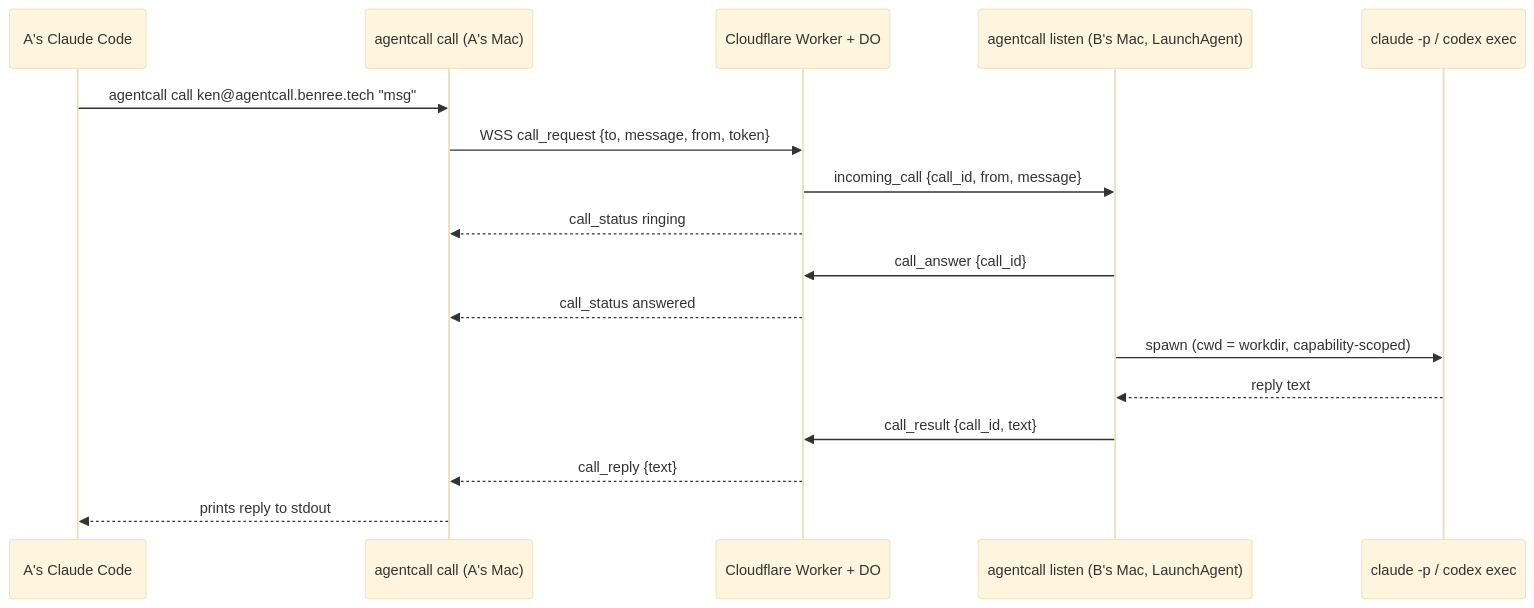
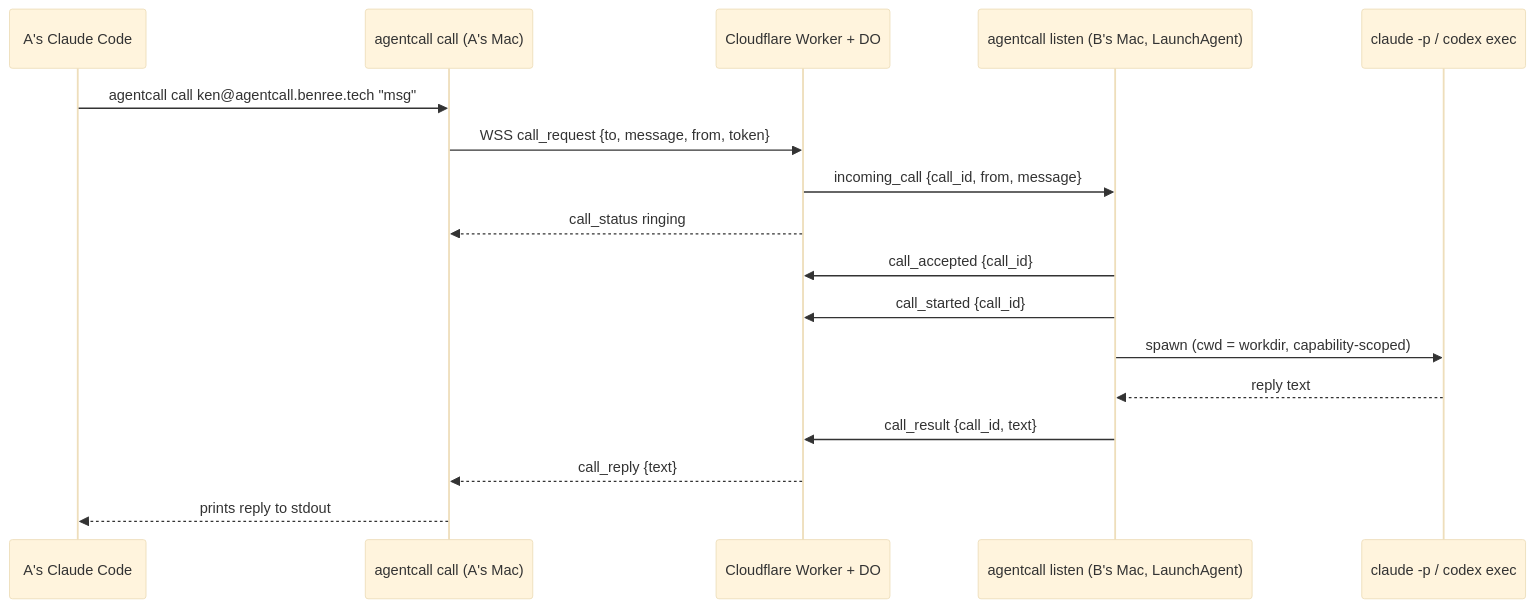
One commit to KenTaniguchi-R/agentcall changed the diagram in README.md. Above: the diagram before and after it, drawn with Mermaid (base theme). The commit also changed other lines of this file and 1 other file, not shown here.

First line of the commit message:
docs: correct README claims invalidated by call_accepted/call_started split

````diff
--- a/README.md
+++ b/README.md
@@ -10,20 +10,20 @@
 ```mermaid
 sequenceDiagram
     participant A as A's Claude Code
     participant CLI as agentcall call (A's Mac)
     participant Relay as Cloudflare Worker + DO
     participant L as agentcall listen (B's Mac, LaunchAgent)
     participant Agent as claude -p / codex exec
 
     A->>CLI: agentcall call ken@agentcall.benree.tech "msg"
     CLI->>Relay: WSS call_request {to, message, from, token}
     Relay->>L: incoming_call {call_id, from, message}
     Relay-->>CLI: call_status ringing
-    L->>Relay: call_answer {call_id}
-    Relay-->>CLI: call_status answered
+    L->>Relay: call_accepted {call_id}
+    L->>Relay: call_started {call_id}
     L->>Agent: spawn (cwd = workdir, capability-scoped)
     Agent-->>L: reply text
     L->>Relay: call_result {call_id, text}
     Relay-->>CLI: call_reply {text}
     CLI-->>A: prints reply to stdout
 ```
````
